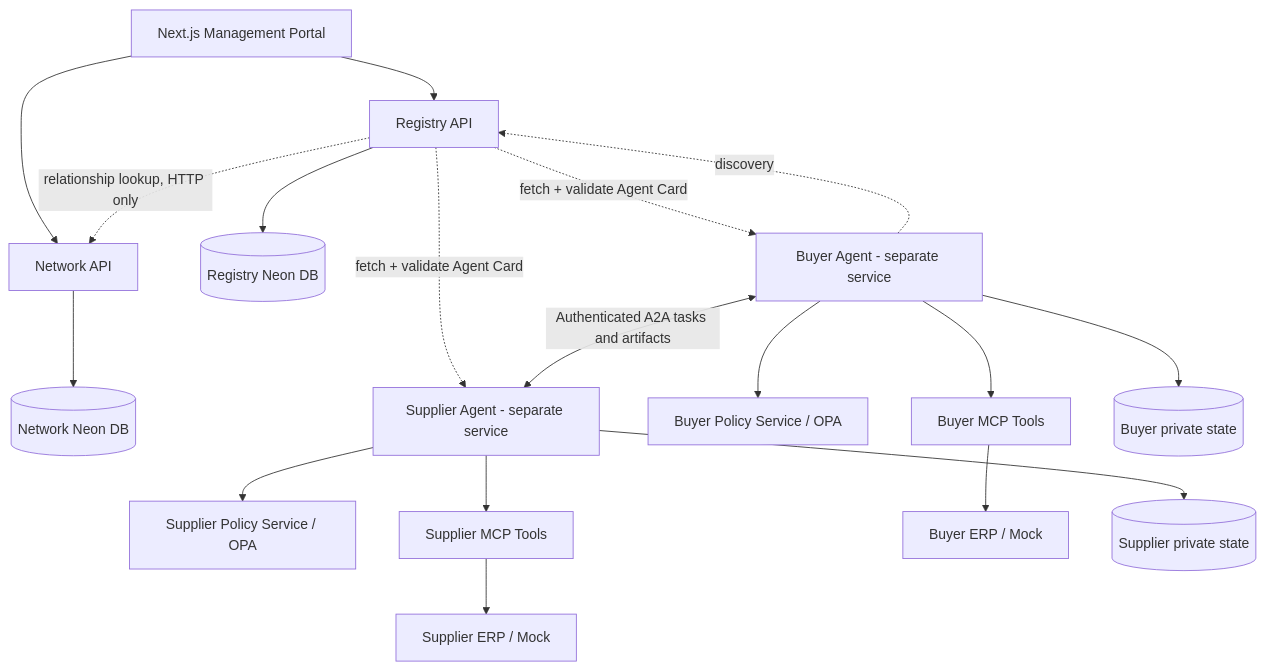
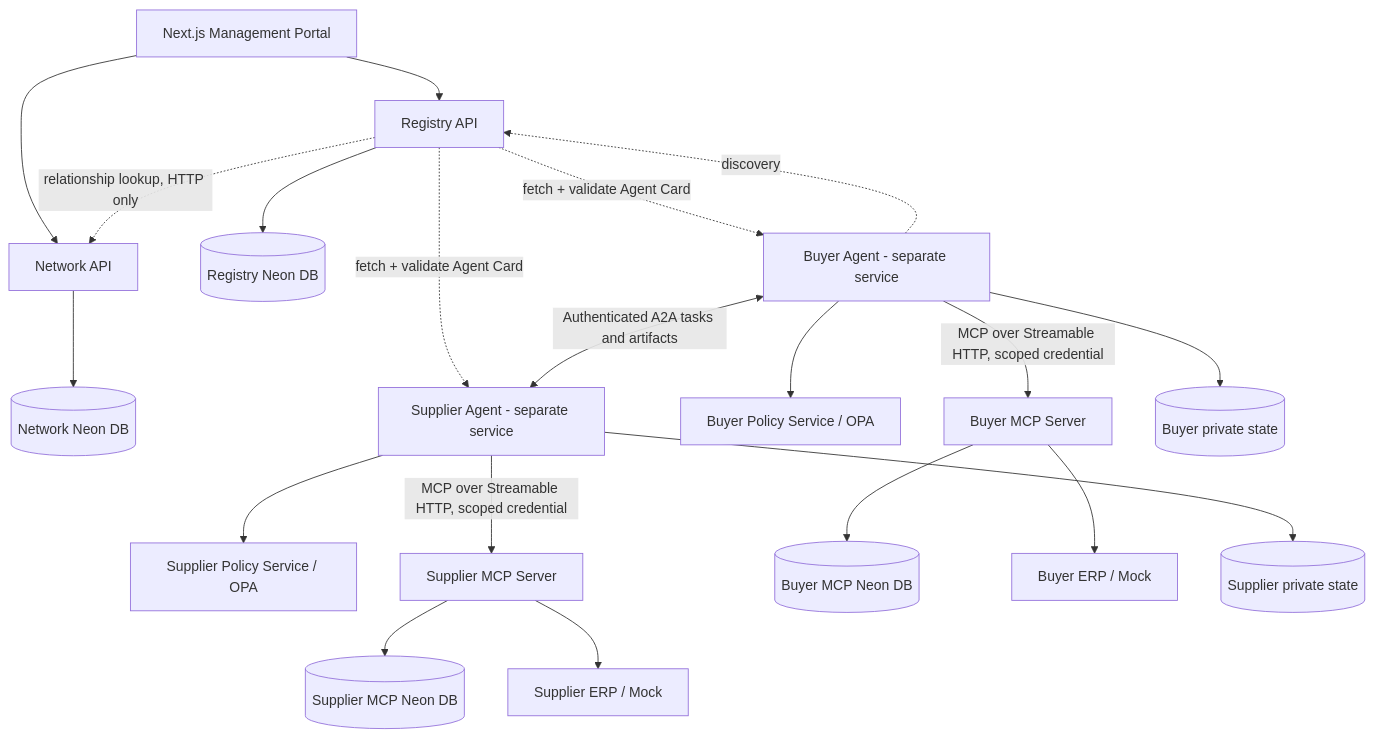
One commit to Ponnusa/aimo-ai changed the diagram in aimo-brain-starter/docs/ARCHITECTURE.md. Above: the diagram before and after it, drawn with Mermaid. The commit also changed other lines of this file and 66 other files, not shown here.

````diff
--- a/aimo-brain-starter/docs/ARCHITECTURE.md
+++ b/aimo-brain-starter/docs/ARCHITECTURE.md
@@ -14,20 +22,22 @@
 ```mermaid
 flowchart TB
   P[Next.js Management Portal] --> N[Network API]
   P --> G[Registry API]
   N --> R[(Network Neon DB)]
   G --> RG[(Registry Neon DB)]
   G -. relationship lookup, HTTP only .-> N
   G -. fetch + validate Agent Card .-> B[Buyer Agent - separate service]
   G -. fetch + validate Agent Card .-> S[Supplier Agent - separate service]
   B -. discovery .-> G
   B <-->|Authenticated A2A tasks and artifacts| S
   B --> BP[Buyer Policy Service / OPA]
   S --> SP[Supplier Policy Service / OPA]
-  B --> BM[Buyer MCP Tools]
-  S --> SM[Supplier MCP Tools]
+  B -->|MCP over Streamable HTTP, scoped credential| BM[Buyer MCP Server]
+  S -->|MCP over Streamable HTTP, scoped credential| SM[Supplier MCP Server]
+  BM --> BMD[(Buyer MCP Neon DB)]
+  SM --> SMD[(Supplier MCP Neon DB)]
   BM --> BE[Buyer ERP / Mock]
   SM --> SE[Supplier ERP / Mock]
   B --> BD[(Buyer private state)]
   S --> SD[(Supplier private state)]
 ```
````
